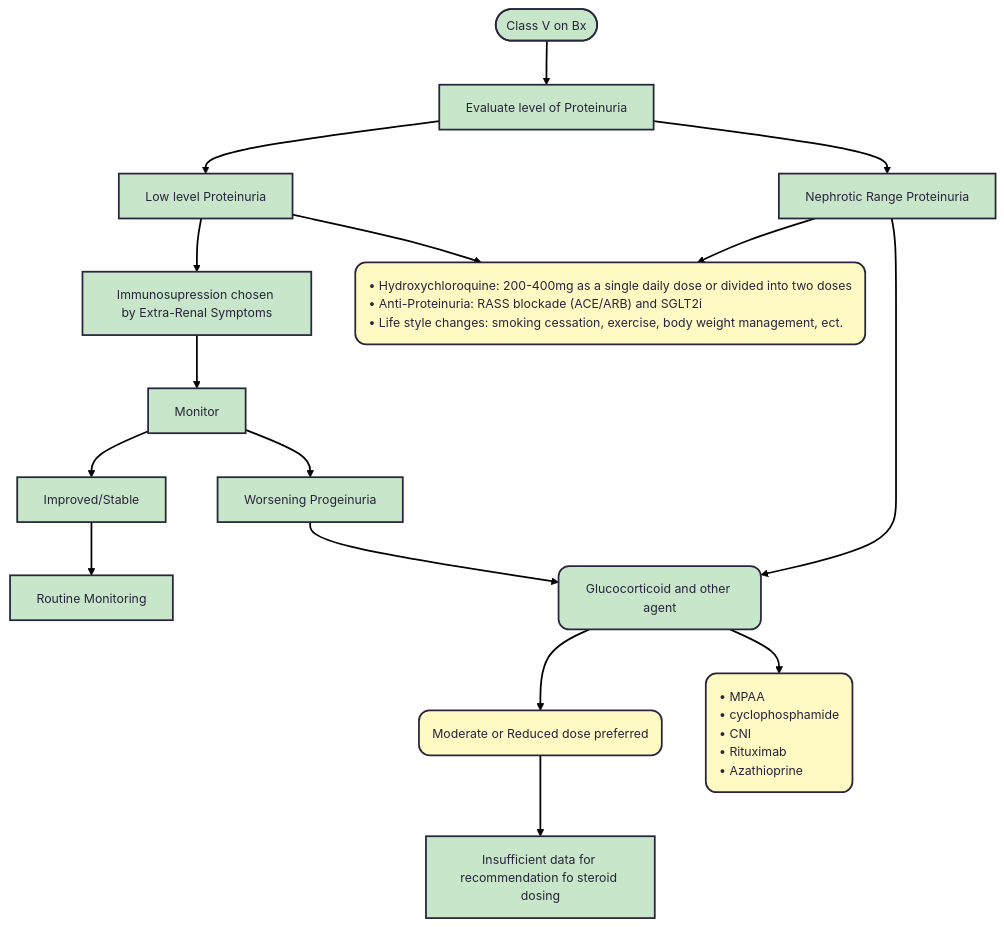
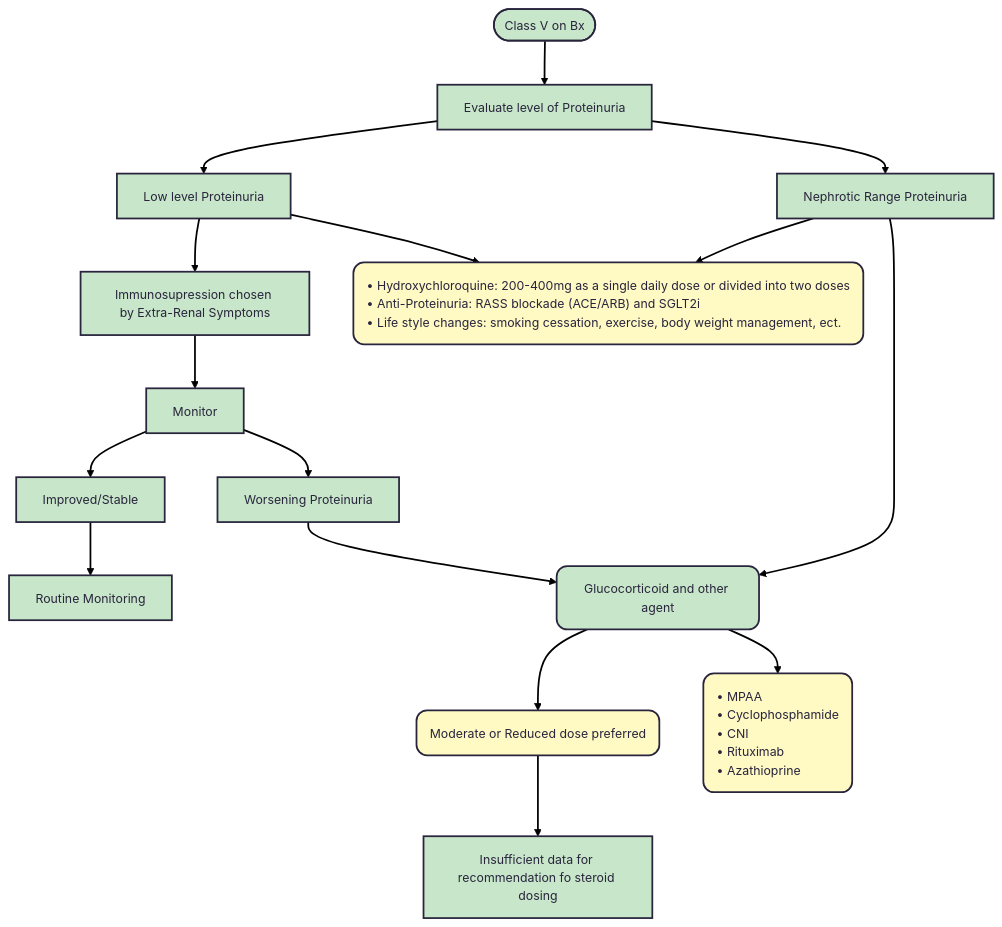
One commit to TTUNEPH2025/GN changed the fourth of 4 diagrams in docs/Lupus.md. Above: the diagram before and after it, drawn with Mermaid. The commit also changed other lines of this file, not shown here.

````diff
--- a/docs/Lupus.md
+++ b/docs/Lupus.md
@@ -258,41 +258,41 @@
 ```mermaid
 ---
 config:
   theme: redux
 ---
 flowchart TB
     A(["Class V on Bx"]) --> n1["Evaluate level of Proteinuria"]
     n1 --> n2["Low level Proteinuria"] & n3["Nephrotic Range Proteinuria"]
     n2 --> n4["Immunosupression chosen by Extra-Renal Symptoms"] & n5["•  Hydroxychloroquine: 200-400mg as a single daily dose or divided into two doses
   •  Anti-Proteinuria: RASS blockade (ACE/ARB) and SGLT2i
   •  Life style changes: smoking cessation, exercise, body weight management, ect."]
     n3 --> n5 & n6["Glucocorticoid and other agent"]
     n6 --> n7["Moderate or Reduced dose preferred"] & n8["• MPAA
-    • cyclophosphamide
+    • Cyclophosphamide
     • CNI
     • Rituximab
     • Azathioprine"]
     n4 --> n9["Monitor"]
-    n9 --> n10["Improved/Stable"] & n11["Worsening Progeinuria"]
+    n9 --> n10["Improved/Stable"] & n11["Worsening Proteinuria"]
     n11 --> n6
     n10 --> n12["Routine Monitoring"]
     n7 --> n13["Insufficient data for recommendation fo steroid dosing"]
     n5@{ shape: rounded}
     n6@{ shape: rounded}
     n7@{ shape: rounded}
     n8@{ shape: rounded}
     style A fill:#C8E6C9
     style n1 fill:#C8E6C9
     style n2 fill:#C8E6C9
     style n3 fill:#C8E6C9
     style n4 fill:#C8E6C9
     style n5 fill:#FFF9C4,text-align:left,white-space:nowrap
     style n6 fill:#C8E6C9
     style n7 fill:#FFF9C4,text-align:left,white-space:nowrap
     style n8 fill:#FFF9C4,text-align:left,white-space:nowrap
     style n9 fill:#C8E6C9
     style n10 fill:#C8E6C9
     style n11 fill:#C8E6C9
     style n12 fill:#C8E6C9
     style n13 fill:#C8E6C9
 ```
````
